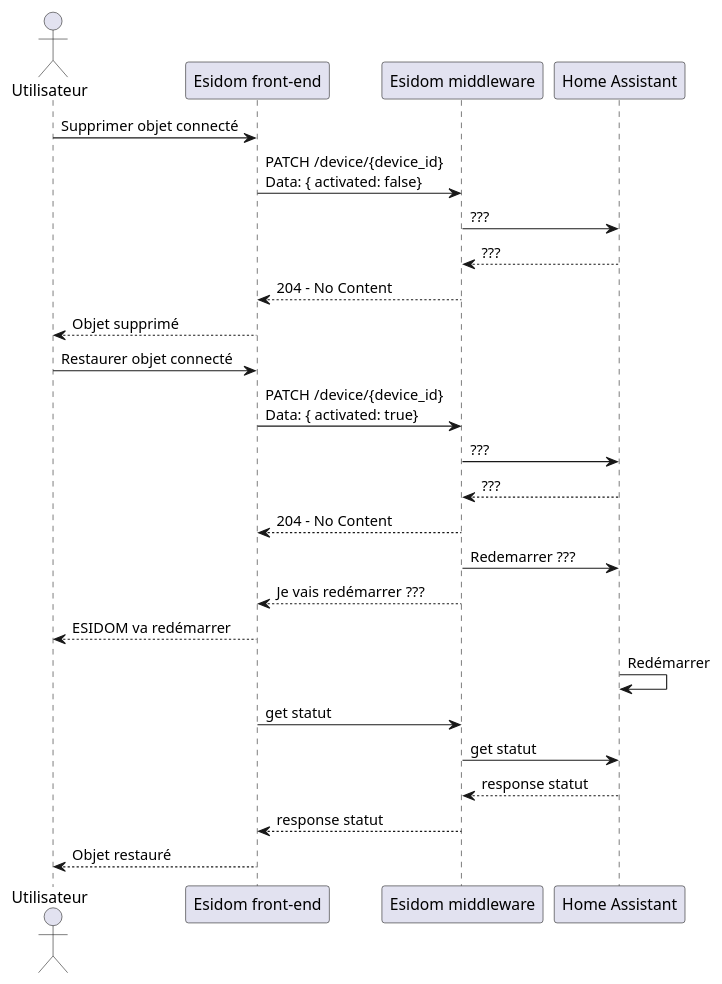
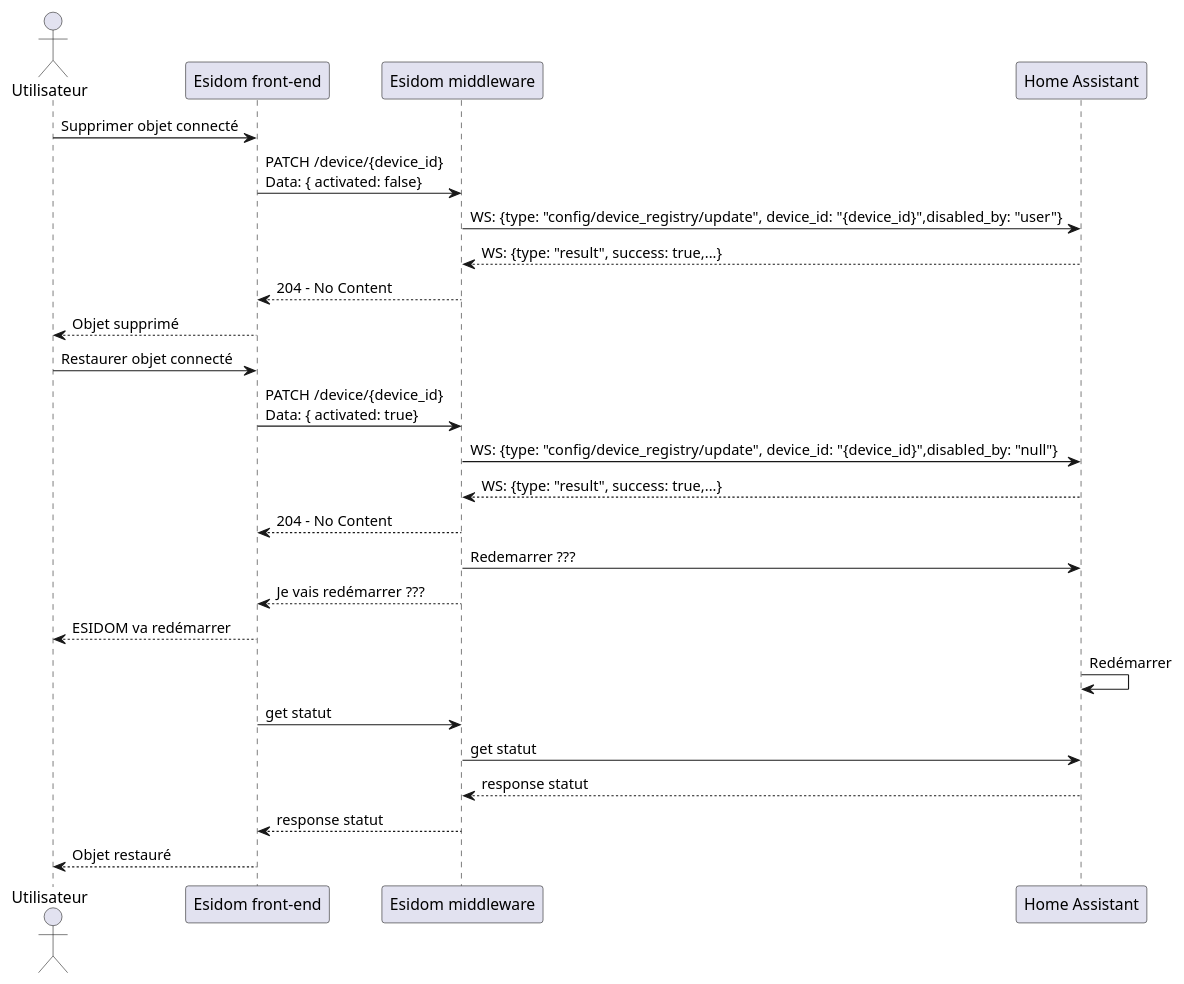
Before and after one commit to SKAVALT-io/esidom_doc: the diagram in cdct/diagramme_de_sequence/plantuml/desappairer.puml, drawn with PlantUML. The commit also changed 1 other file, not shown here.

Commit message:
docs(cdct): update sequence diagram

```diff
--- a/cdct/diagramme_de_sequence/plantuml/desappairer.puml
+++ b/cdct/diagramme_de_sequence/plantuml/desappairer.puml
@@ -1,30 +1,30 @@
 @startuml désappairer
 
 actor "Utilisateur" as u
 participant "Esidom front-end" as fe
 participant "Esidom middleware" as m
 participant "Home Assistant" as ha
 
 u -> fe: Supprimer objet connecté
 fe -> m: PATCH /device/{device_id}\nData: { activated: false}
-m -> ha: ???
-ha --> m: ???
+m -> ha: WS: {type: "config/device_registry/update", device_id: "{device_id}",disabled_by: "user"}
+ha --> m: WS: {type: "result", success: true,...}
 m --> fe: 204 - No Content
 fe --> u: Objet supprimé
 
 u -> fe: Restaurer objet connecté
 fe -> m: PATCH /device/{device_id}\nData: { activated: true}
-m -> ha: ???
-ha --> m: ???
+m -> ha: WS: {type: "config/device_registry/update", device_id: "{device_id}",disabled_by: "null"}
+ha --> m: WS: {type: "result", success: true,...}
 m --> fe: 204 - No Content
 m -> ha: Redemarrer ???
 m --> fe: Je vais redémarrer ???
 fe --> u: ESIDOM va redémarrer
 ha -> ha: Redémarrer
 fe -> m: get statut
 m -> ha: get statut
 ha --> m: response statut
 m --> fe: response statut
 fe --> u: Objet restauré
 
 @enduml
```
